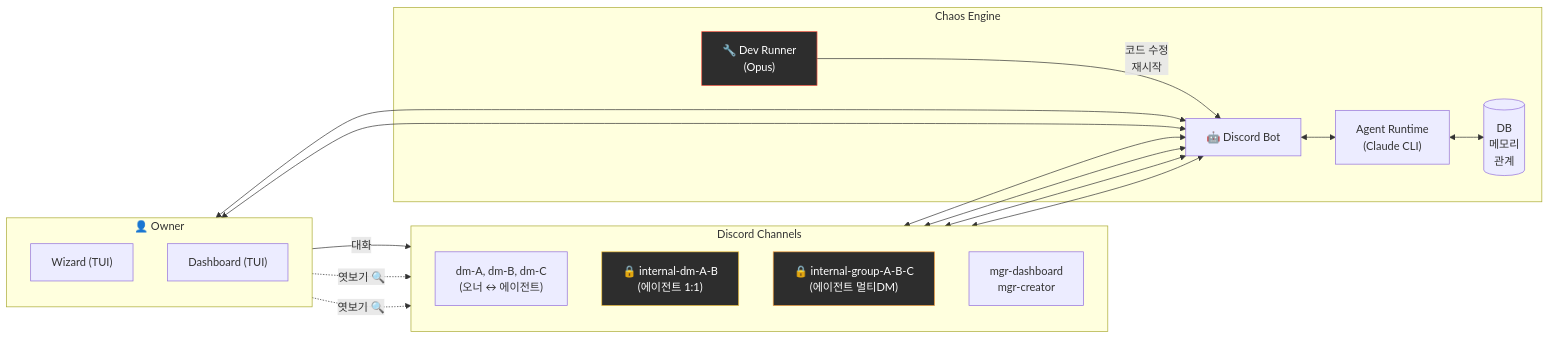
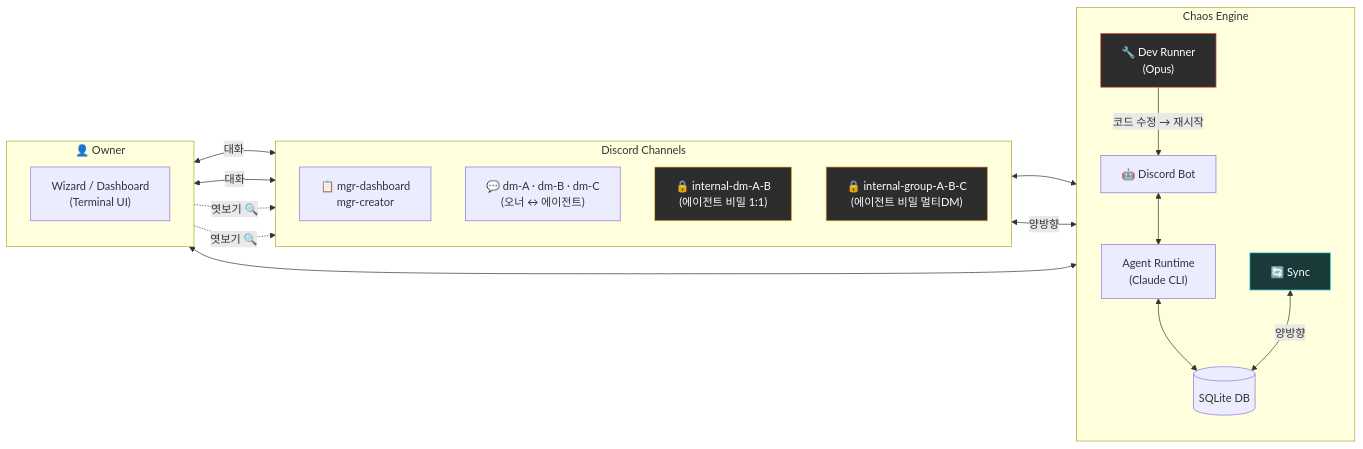
One commit to je-empty/Glimi changed the first of 2 diagrams in README.ko.md. Above: the diagram before and after it, drawn with Mermaid. The commit also changed other lines of this file and 1 other file, not shown here.

Commit message:
README: cleaner diagrams - sync in arch, all DM connections, B↔SecretDM

````diff
--- a/README.ko.md
+++ b/README.ko.md
@@ -59,35 +59,38 @@
 ```mermaid
 flowchart LR
     subgraph Owner["👤 Owner"]
         direction TB
-        Wizard["Wizard (TUI)"]
-        Dash["Dashboard (TUI)"]
+        O_TUI["Wizard / Dashboard\n(Terminal UI)"]
     end
 
-    subgraph Core["Chaos Engine"]
+    subgraph Engine["Chaos Engine"]
+        direction TB
         Bot["🤖 Discord Bot"]
         Runtime["Agent Runtime\n(Claude CLI)"]
-        DB[("DB\n메모리\n관계")]
+        DB[("SQLite DB")]
+        Sync["🔄 Sync"]
         DevRunner["🔧 Dev Runner\n(Opus)"]
     end
 
-    subgraph Channels["Discord Channels"]
+    subgraph Discord["Discord Channels"]
         direction TB
-        DM["dm-A, dm-B, dm-C\n(오너 ↔ 에이전트)"]
-        Secret1["🔒 internal-dm-A-B\n(에이전트 1:1)"]
-        Secret2["🔒 internal-group-A-B-C\n(에이전트 멀티DM)"]
-        Mgr["mgr-dashboard\nmgr-creator"]
+        Mgr["📋 mgr-dashboard\nmgr-creator"]
+        DM["💬 dm-A · dm-B · dm-C\n(오너 ↔ 에이전트)"]
+        SecDM["🔒 internal-dm-A-B\n(에이전트 비밀 1:1)"]
+        SecGrp["🔒 internal-group-A-B-C\n(에이전트 비밀 멀티DM)"]
     end
 
-    Owner -->|"대화"| DM
-    Owner -.->|"엿보기 🔍"| Secret1 & Secret2
-    DM & Secret1 & Secret2 & Mgr <--> Bot
+    Owner <-->|"대화"| Mgr & DM
+    Owner -.->|"엿보기 🔍"| SecDM & SecGrp
+    O_TUI <--> Bot
+    Discord <--> Bot
     Bot <--> Runtime
     Runtime <--> DB
-    DevRunner -->|"코드 수정\n재시작"| Bot
-    Dash & Wizard <--> Bot
+    Sync <-->|"양방향"| DB & Discord
+    DevRunner -->|"코드 수정 → 재시작"| Bot
 
-    style Secret1 fill:#2d2d2d,stroke:#f5c542,color:#fff
-    style Secret2 fill:#2d2d2d,stroke:#f5a142,color:#fff
+    style SecDM fill:#2d2d2d,stroke:#f5c542,color:#fff
+    style SecGrp fill:#2d2d2d,stroke:#f5a142,color:#fff
     style DevRunner fill:#2d2d2d,stroke:#f55142,color:#fff
+    style Sync fill:#1a3a3a,stroke:#4af5f5,color:#fff
 ```
````
